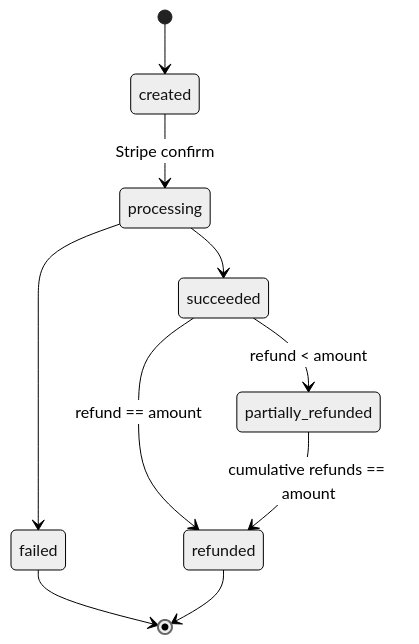
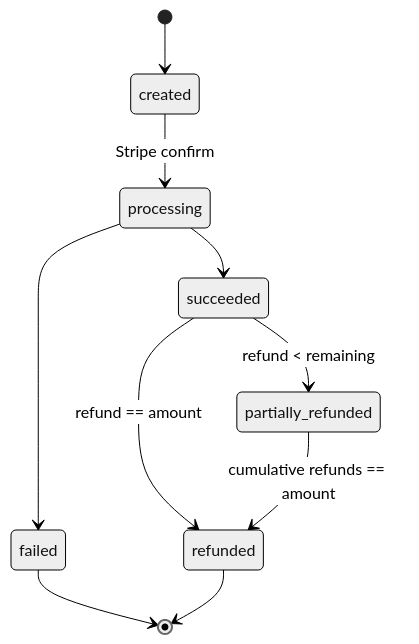
One commit to greenlyzard/bam-platform changed the third of 4 diagrams in docs/BILLING_APPROVAL_AND_DRAW.md. Above: the diagram before and after it, drawn with Mermaid (neutral theme). The commit also changed other lines of this file, not shown here.

````diff
--- a/docs/BILLING_APPROVAL_AND_DRAW.md
+++ b/docs/BILLING_APPROVAL_AND_DRAW.md
@@ -371,12 +411,12 @@
 ```mermaid
 stateDiagram-v2
     [*] --> created
     created --> processing: Stripe confirm
     processing --> succeeded
     processing --> failed
-    succeeded --> partially_refunded: refund < amount
+    succeeded --> partially_refunded: refund < remaining
     succeeded --> refunded: refund == amount
     partially_refunded --> refunded: cumulative refunds == amount
     failed --> [*]
     refunded --> [*]
 ```
````
